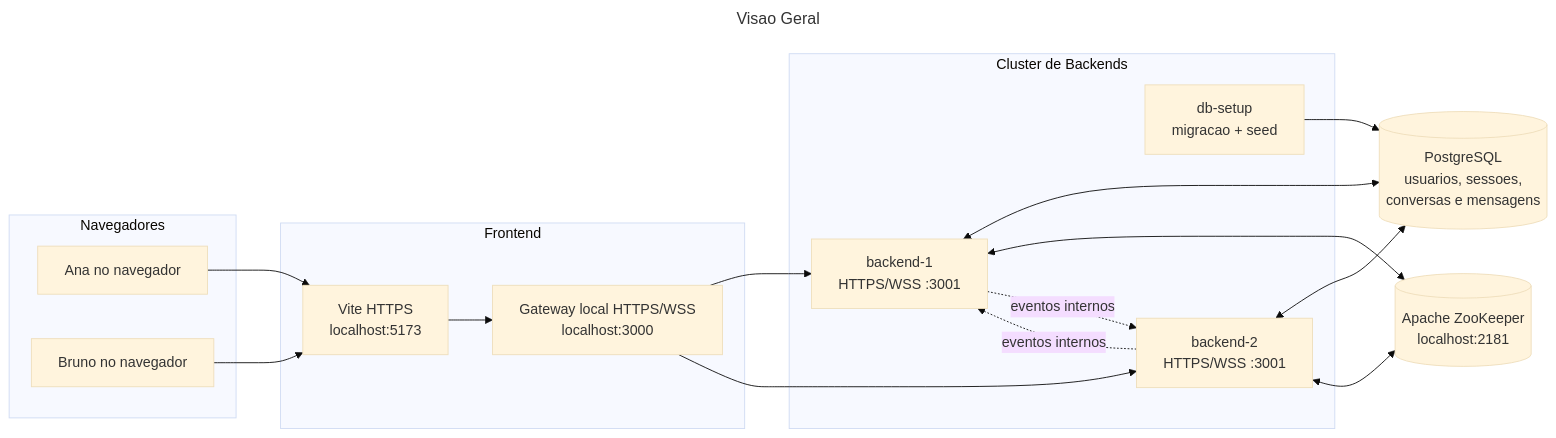
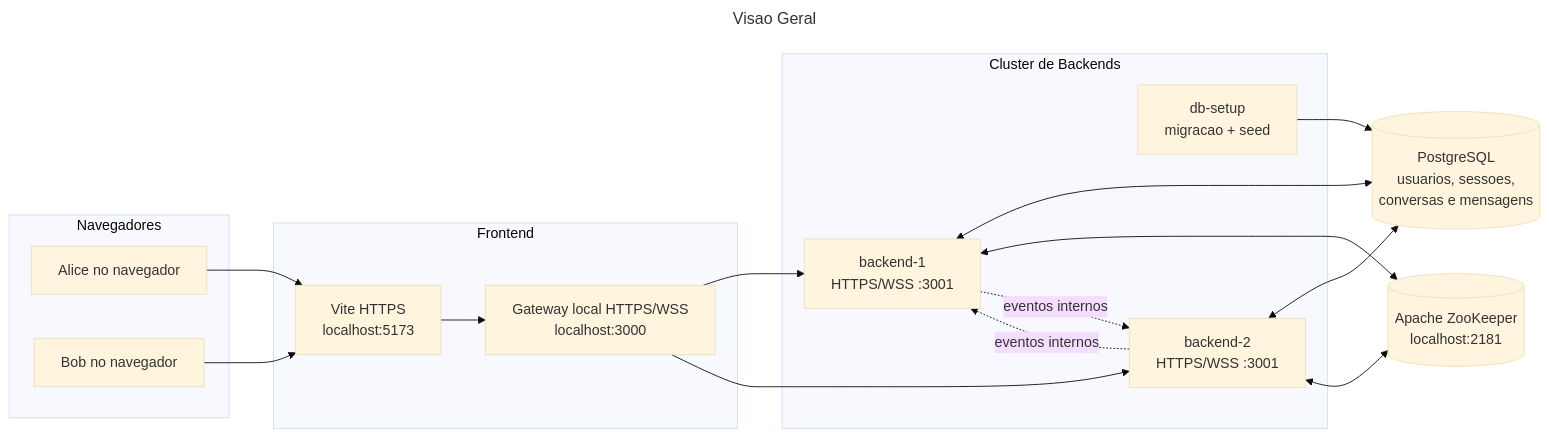
The first of 10 diagrams in docs/diagrams.md (jvmr1/chat-distribuido), drawn with Mermaid (base theme) before and after one commit. The commit also changed other lines of this file and 7 other files, not shown here.

````diff
--- a/docs/diagrams.md
+++ b/docs/diagrams.md
@@ -18,40 +18,40 @@
 ```mermaid
 ---
 title: Visao Geral
 ---
 flowchart LR
   subgraph Navegadores
-    Ana[Ana no navegador]
-    Bruno[Bruno no navegador]
+    Alice[Alice no navegador]
+    Bob[Bob no navegador]
   end
 
   subgraph Frontend
     Vite[Vite HTTPS\nlocalhost:5173]
     Gateway[Gateway local HTTPS/WSS\nlocalhost:3000]
   end
 
   subgraph ClusterBackend[Cluster de Backends]
     Setup[db-setup\nmigracao + seed]
     B1[backend-1\nHTTPS/WSS :3001]
     B2[backend-2\nHTTPS/WSS :3001]
   end
 
   ZK[(Apache ZooKeeper\nlocalhost:2181)]
   DB[(PostgreSQL\nusuarios, sessoes,\nconversas e mensagens)]
 
-  Ana --> Vite
-  Bruno --> Vite
+  Alice --> Vite
+  Bob --> Vite
   Vite --> Gateway
   Gateway --> B1
   Gateway --> B2
 
   Setup --> DB
   B1 <--> DB
   B2 <--> DB
 
   B1 <--> ZK
   B2 <--> ZK
 
   B1 -. eventos internos .-> B2
   B2 -. eventos internos .-> B1
 ```
````
